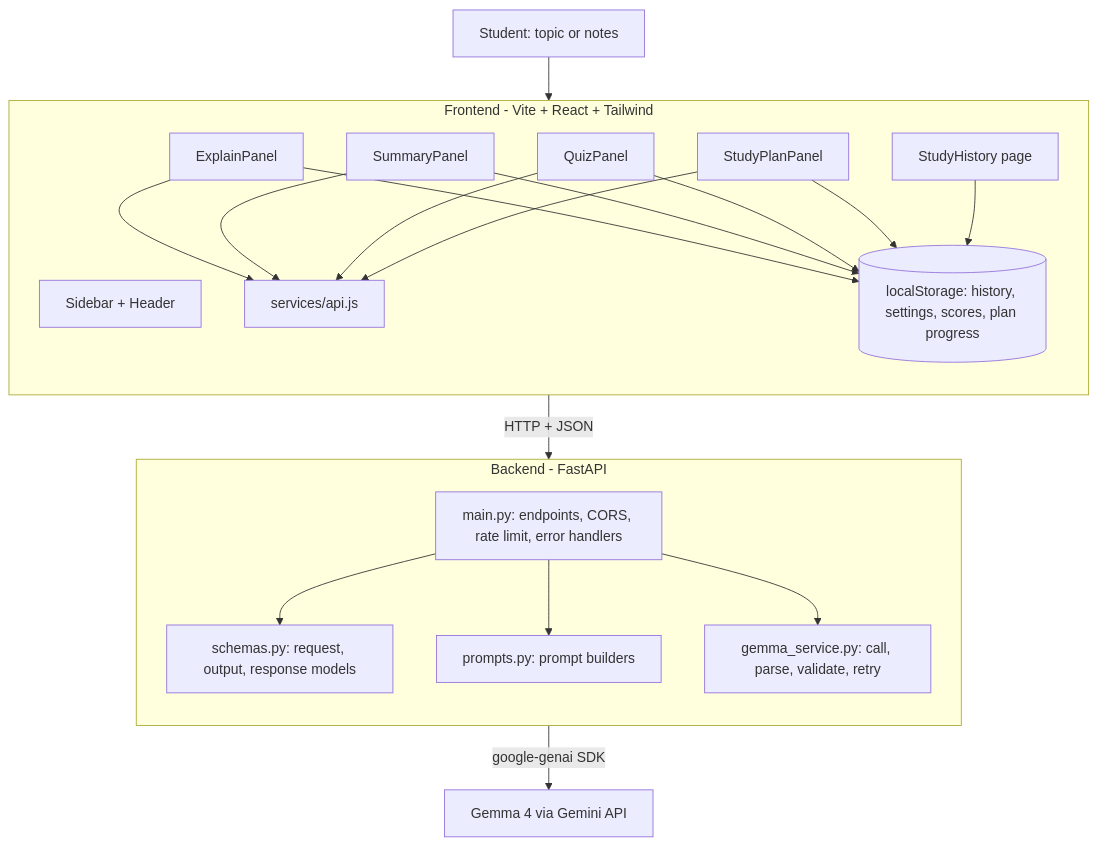
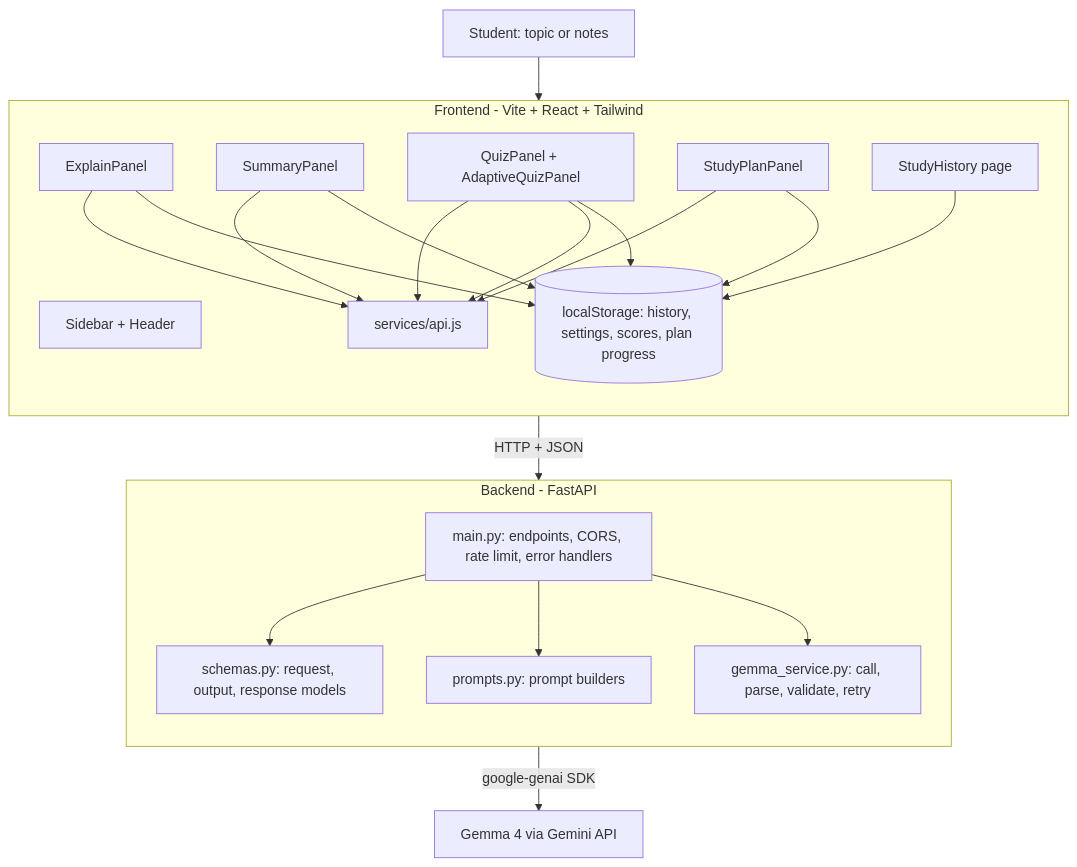
The diagram in docs/spec/03-System-Design.md (Shivam-Sharma2009/StudySparkAI), drawn with Mermaid before and after one commit. The commit also changed other lines of this file and 6 other files, not shown here.

Commit message:
docs: define adaptive quiz contract

````diff
--- a/docs/spec/03-System-Design.md
+++ b/docs/spec/03-System-Design.md
@@ -7,30 +7,31 @@
 ```mermaid
 flowchart TB
     S["Student: topic or notes"] --> FE
     subgraph FE["Frontend - Vite + React + Tailwind"]
         direction TB
         N["Sidebar + Header"]
         P1["ExplainPanel"]
         P2["SummaryPanel"]
-        P3["QuizPanel"]
+        P3["QuizPanel + AdaptiveQuizPanel"]
         P4["StudyPlanPanel"]
         H["StudyHistory page"]
         LS[("localStorage: history, settings, scores, plan progress")]
         API["services/api.js"]
         P1 & P2 & P3 & P4 --> API
+        P3 --> API
         P1 & P2 & P3 & P4 --> LS
         H --> LS
     end
     API -->|"HTTP + JSON"| BE
     subgraph BE["Backend - FastAPI"]
         direction TB
         EP["main.py: endpoints, CORS, rate limit, error handlers"]
         PR["prompts.py: prompt builders"]
         SC["schemas.py: request, output, response models"]
         GS["gemma_service.py: call, parse, validate, retry"]
         EP --> SC
         EP --> PR
         EP --> GS
     end
     GS -->|"google-genai SDK"| M["Gemma 4 via Gemini API"]
 ```
````
